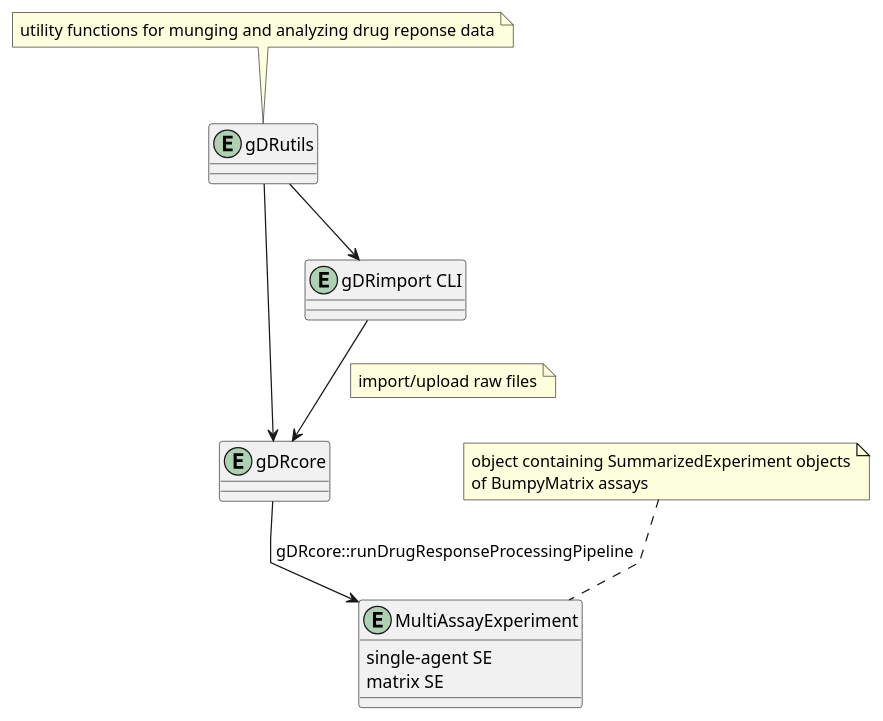
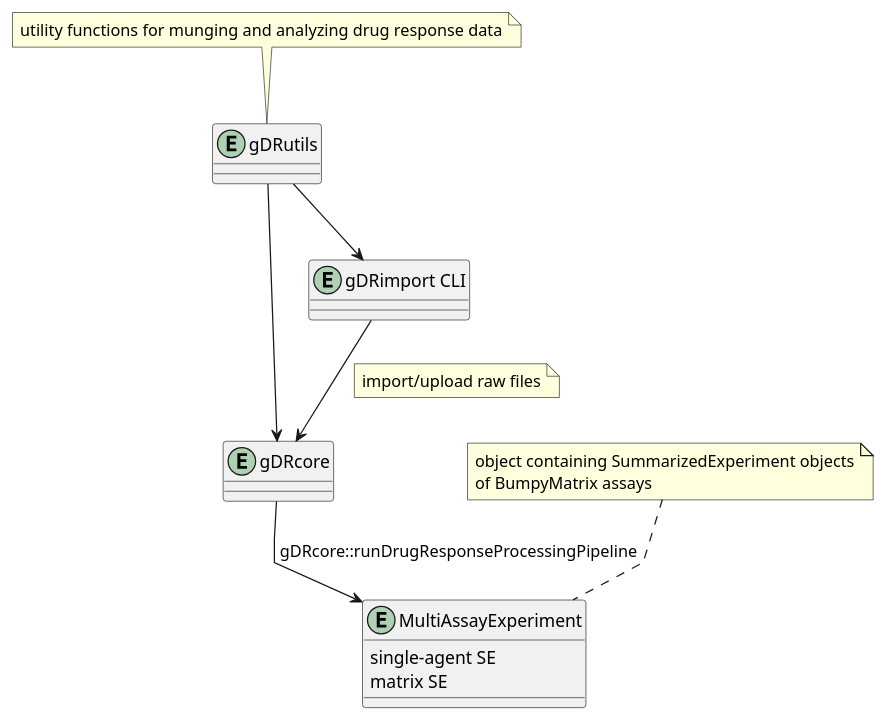
Before and after one commit to gdrplatform/gDR: the diagram in inst/umls/overview.puml, drawn with PlantUML. The commit also changed 3 other files, not shown here.

```diff
--- a/inst/umls/overview.puml
+++ b/inst/umls/overview.puml
@@ -1,34 +1,34 @@
 @startuml
 set namespaceSeparator none
 skinparam linetype polyline
 skinparam backgroundcolor transparent
 
 Entity "MultiAssayExperiment" as MAE {
   single-agent SE
   matrix SE
 }
 
 Entity "gDRcore" {}
 
 Entity "gDRimport CLI" as CLI {}
 Entity "gDRutils"
 
 gDRutils --> gDRcore
 gDRutils --> CLI
 
 gDRcore --> MAE: " gDRcore::runDrugResponseProcessingPipeline"
 CLI --> gDRcore
 
 note top of gDRutils
-utility functions for munging and analyzing drug reponse data
+utility functions for munging and analyzing drug response data
 end note
 
 note top on link
 import/upload raw files
 end note
 
 note top of MAE
 object containing SummarizedExperiment objects
 of BumpyMatrix assays 
 end note
 @enduml
```
